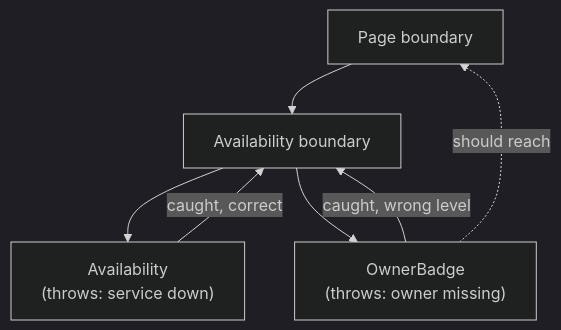
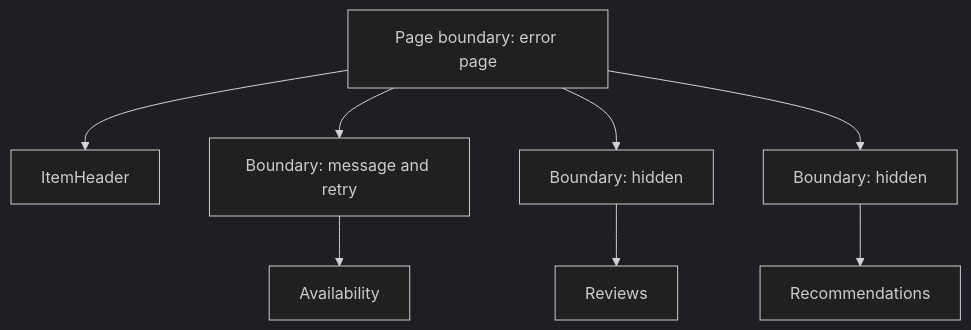
The second of 4 diagrams in topics/partial-failures/README.md (christiansany/cas-fee-26-frontend-challenges), drawn with Mermaid (dark theme) before and after one commit. The commit also changed other lines of this file and 8 other files, not shown here.

````diff
--- a/topics/partial-failures/README.md
+++ b/topics/partial-failures/README.md
@@ -120,9 +130,7 @@
 ```mermaid
 flowchart TB
-  route["Page boundary"] --> section["Availability boundary"]
-  section --> avail["Availability<br/>(throws: service down)"]
-  section --> owner["OwnerBadge<br/>(throws: owner missing)"]
-  avail -- caught, correct --> section
-  owner -- caught, wrong level --> section
-  owner -. should reach .-> route
+  root["Page boundary: error page"] --> header["ItemHeader"]
+  root --> b1["Boundary: message and retry"] --> avail["Availability"]
+  root --> b2["Boundary: hidden"] --> reviews["Reviews"]
+  root --> b3["Boundary: hidden"] --> recs["Recommendations"]
 ```
````
